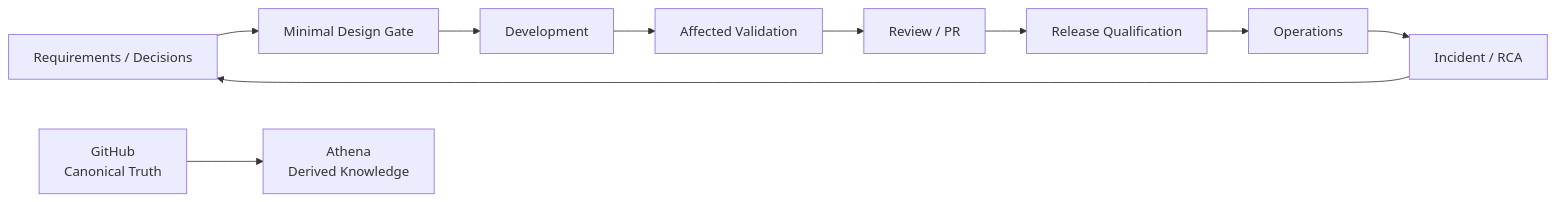
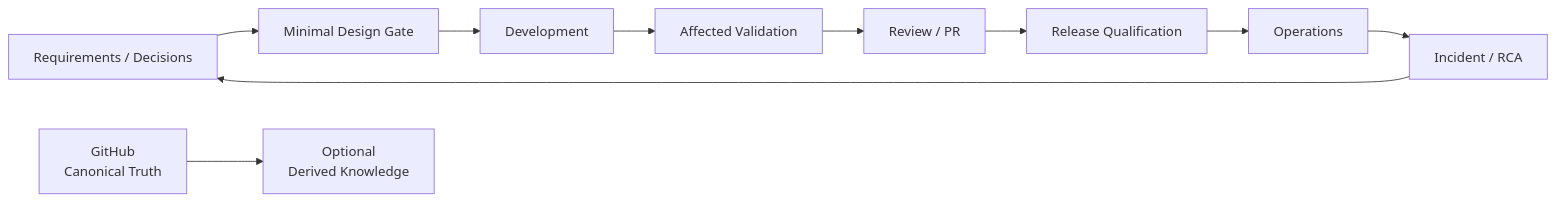
Before and after one commit to datarelay-labs/engineering-system: the diagram in README.ko.md, drawn with Mermaid. The commit also changed other lines of this file and 19 other files, not shown here.

````diff
--- a/README.ko.md
+++ b/README.ko.md
@@ -55,13 +55,13 @@
 ```mermaid
 flowchart LR
     R["Requirements / Decisions"] --> D["Minimal Design Gate"]
     D --> I["Development"]
     I --> V["Affected Validation"]
     V --> P["Review / PR"]
     P --> Q["Release Qualification"]
     Q --> O["Operations"]
     O --> X["Incident / RCA"]
     X --> R
 
-    G["GitHub<br/>Canonical Truth"] --> A["Athena<br/>Derived Knowledge"]
+    G["GitHub<br/>Canonical Truth"] --> A["Optional<br/>Derived Knowledge"]
 ```
````
